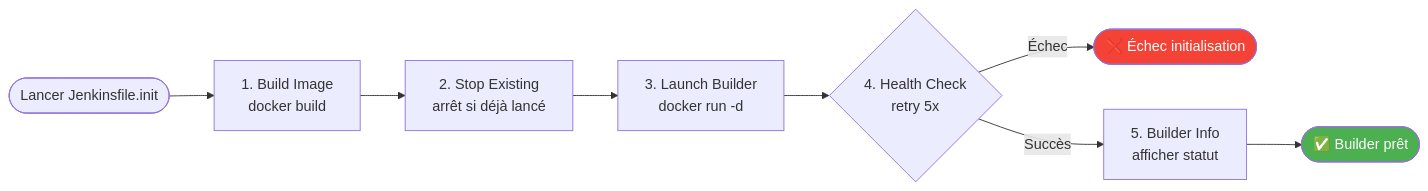
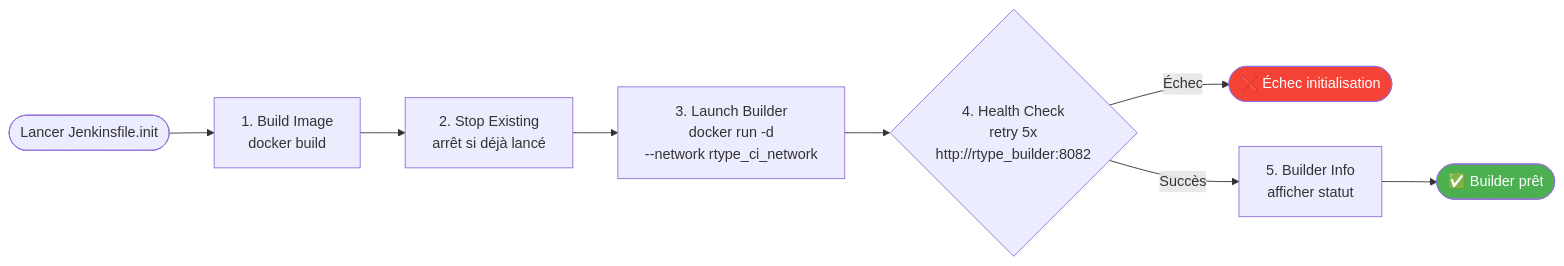
The eighth of 10 diagrams in docs/development/ci-cd.md (ChrisG-L/rtype), drawn with Mermaid before and after one commit. The commit also changed other lines of this file and 2 other files, not shown here.

````diff
--- a/docs/development/ci-cd.md
+++ b/docs/development/ci-cd.md
@@ -583,22 +841,22 @@
 ```mermaid
 flowchart LR
     START([Lancer Jenkinsfile.init]) --> BUILD_IMAGE
 
     BUILD_IMAGE[1. Build Image<br/>docker build] --> STOP
 
     STOP[2. Stop Existing<br/>arrêt si déjà lancé] --> LAUNCH
 
-    LAUNCH[3. Launch Builder<br/>docker run -d] --> HEALTH
+    LAUNCH[3. Launch Builder<br/>docker run -d<br/>--network rtype_ci_network] --> HEALTH
 
-    HEALTH{4. Health Check<br/>retry 5x}
+    HEALTH{4. Health Check<br/>retry 5x<br/>http://rtype_builder:8082}
     HEALTH -->|Échec| ERROR
     HEALTH -->|Succès| INFO
 
     INFO[5. Builder Info<br/>afficher statut] --> SUCCESS
 
     SUCCESS([✅ Builder prêt])
     ERROR([❌ Échec initialisation])
 
     style SUCCESS fill:#4caf50,color:#fff
     style ERROR fill:#f44336,color:#fff
 ```
````
